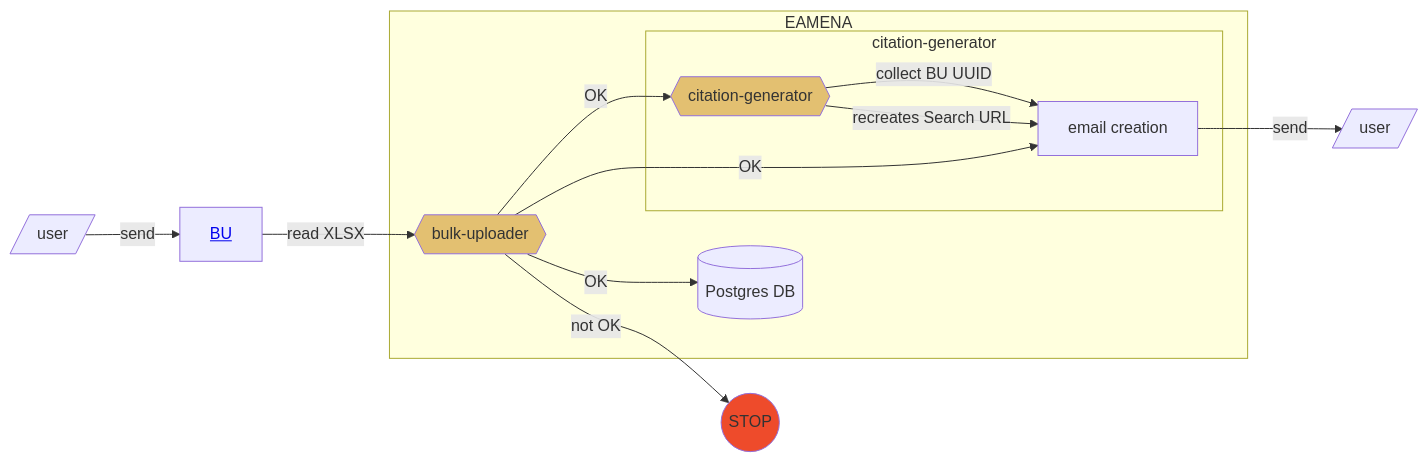
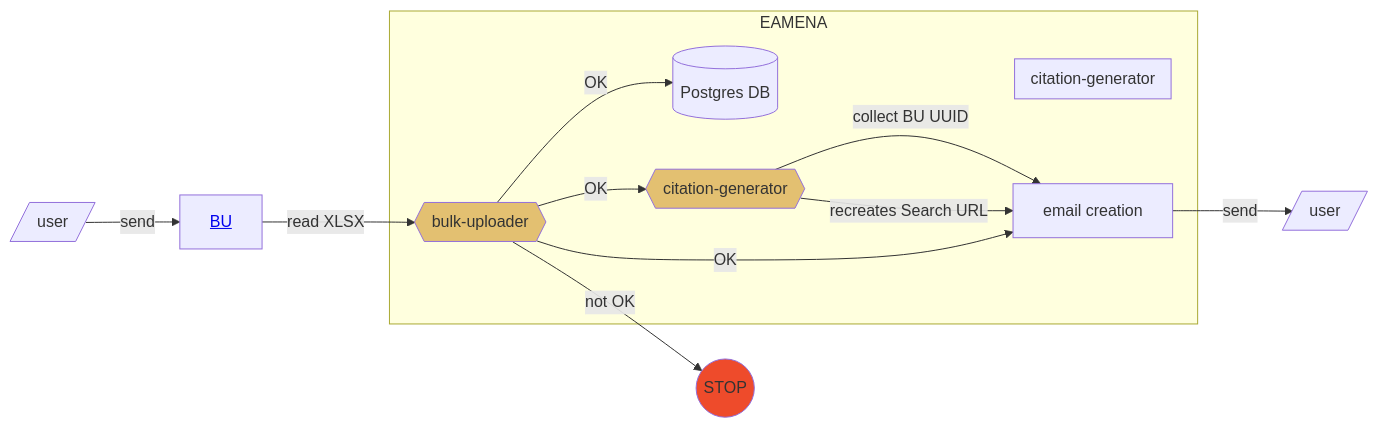
The first of 2 diagrams in data/bibref/README.md (eamena-project/eamena-arches-dev), drawn with Mermaid before and after one commit.

Commit message:
citation README

````diff
--- a/data/bibref/README.md
+++ b/data/bibref/README.md
@@ -9,18 +9,18 @@
 ```mermaid
 flowchart LR
 	U[/user/] -- send --> A[<a href='https://github.com/eamena-project/eamena-arches-dev/blob/main/dbs/database.eamena/docs/notes/Arches%207%20Upgrade.md#splitchunk'>BU</a>]
 	A --read XLSX--> B{{bulk-uploader}}:::eamenaFunc;
 	subgraph EAMENA
 	B -- OK --> C[(Postgres DB)];
 	B -- OK --> E{{citation-generator}}:::eamenaFunc;
 		subgraph citation-generator
-		E -- collect BU UUID --> H;
+		end
+		E -- collect BU UUID --> H[email creation];
 		E -- recreates Search URL --> H;
-		end
 	end
-	B -- OK --> H[email creation]
+	B -- OK --> H
 	H -- send --> I[/user/];
 	B -- not OK --> D((STOP)):::stop;
 	classDef eamenaFunc fill:#e3c071;
 	classDef stop fill:#EE4B2B;
 ```
````
